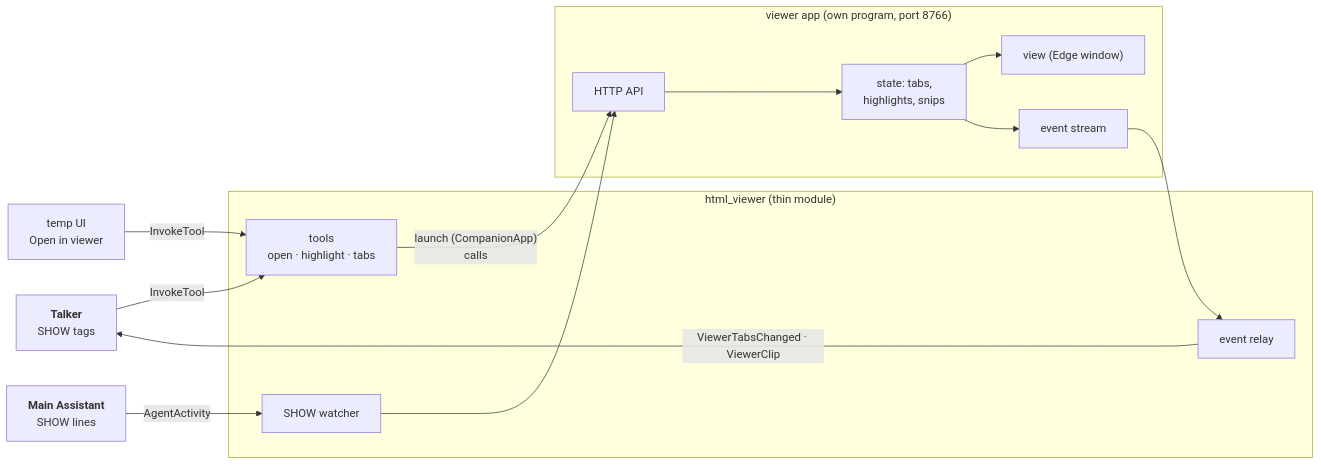
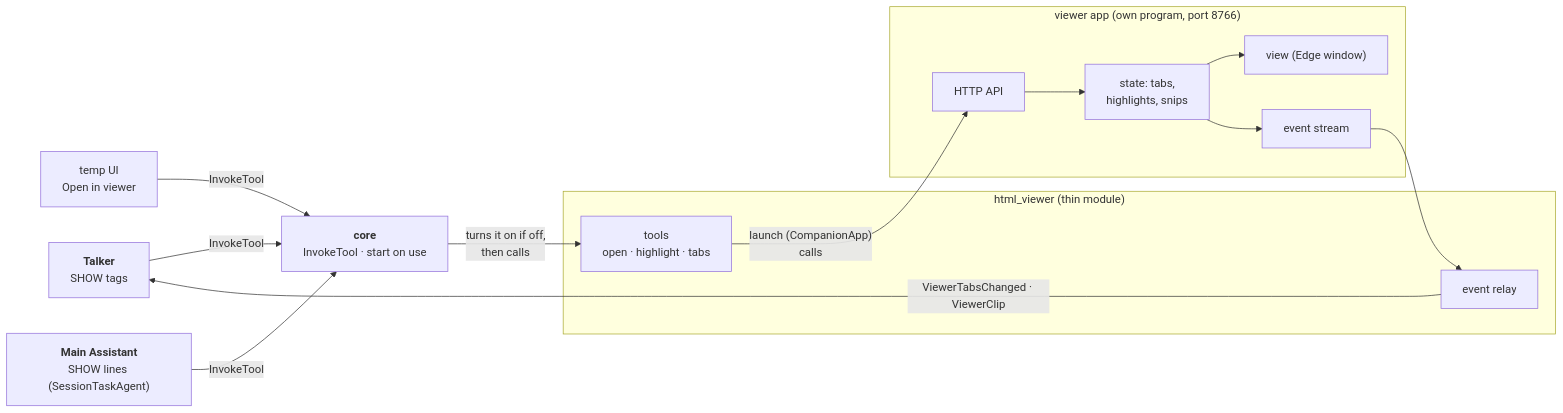
Before and after one commit to sharramon/AI_Assistant: the diagram in docs/modules/html_viewer.md, drawn with Mermaid. The commit also changed other lines of this file and 321 other files, not shown here.

````diff
--- a/docs/modules/html_viewer.md
+++ b/docs/modules/html_viewer.md
@@ -34,26 +34,26 @@
 ```mermaid
 flowchart LR
     Talker["<b>Talker</b><br/>SHOW tags"]
-    Main["<b>Main Assistant</b><br/>SHOW lines"]
+    Main["<b>Main Assistant</b><br/>SHOW lines (SessionTaskAgent)"]
     UI["temp UI<br/>Open in viewer"]
+    Core["<b>core</b><br/>InvokeTool · start on use"]
     subgraph HV["html_viewer (thin module)"]
         Tools["tools<br/>open · highlight · tabs"]
-        Watch["SHOW watcher"]
         Relay["event relay"]
     end
     subgraph App["viewer app (own program, port 8766)"]
         Api["HTTP API"]
         State["state: tabs,<br/>highlights, snips"]
         View["view (Edge window)"]
         Stream["event stream"]
     end
 
-    Talker -- InvokeTool --> Tools
-    UI -- InvokeTool --> Tools
-    Main -- AgentActivity --> Watch
+    Talker -- InvokeTool --> Core
+    UI -- InvokeTool --> Core
+    Main -- InvokeTool --> Core
+    Core -- "turns it on if off,<br/>then calls" --> Tools
     Tools -- "launch (CompanionApp)<br/>calls" --> Api
-    Watch --> Api
     Api --> State --> View
     State --> Stream --> Relay
     Relay -- "ViewerTabsChanged · ViewerClip" --> Talker
 ```
````
